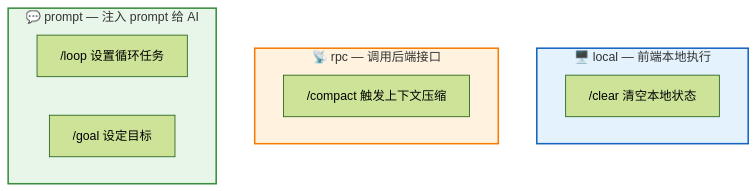
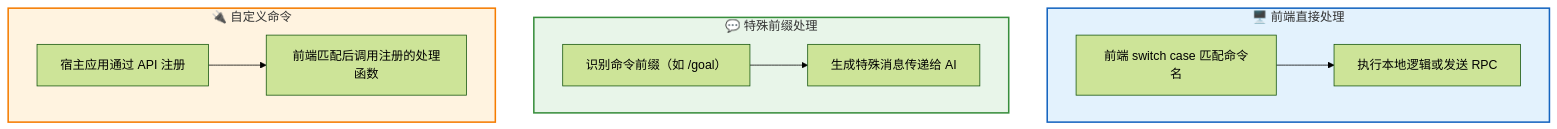
The first of 5 diagrams in src/content/docs/features/commands.md (rtc-agent/docs), drawn with Mermaid (forest theme) before and after one commit. The commit also changed other lines of this file and 60 other files, not shown here.

First line of the commit message:
docs(site): refresh documentation with new sections and improved diagrams

````diff
--- a/src/content/docs/features/commands.md
+++ b/src/content/docs/features/commands.md
@@ -10,19 +12,24 @@
 ```mermaid
 flowchart TD
-    subgraph LOCAL["🖥️ local — 前端本地执行"]
-        L1["/clear 清空本地状态"]
+    subgraph FRONTEND["🖥️ 前端直接处理"]
+        F1["前端 switch case 匹配命令名"]
+        F2["执行本地逻辑或发送 RPC"]
+        F1 --> F2
     end
 
-    subgraph RPC["📡 rpc — 调用后端接口"]
-        R1["/compact 触发上下文压缩"]
+    subgraph SPECIAL["💬 特殊前缀处理"]
+        S1["识别命令前缀（如 /goal）"]
+        S2["生成特殊消息传递给 AI"]
+        S1 --> S2
     end
 
-    subgraph PROMPT["💬 prompt — 注入 prompt 给 AI"]
-        P1["/loop 设置循环任务"]
-        P2["/goal 设定目标"]
+    subgraph CUSTOM["🔌 自定义命令"]
+        C1["宿主应用通过 API 注册"]
+        C2["前端匹配后调用注册的处理函数"]
+        C1 --> C2
     end
 
-    style LOCAL fill:#e3f2fd,stroke:#1565c0,stroke-width:2px
-    style RPC fill:#fff3e0,stroke:#f57c00,stroke-width:2px
-    style PROMPT fill:#e8f5e9,stroke:#388e3c,stroke-width:2px
+    style FRONTEND fill:#e3f2fd,stroke:#1565c0,stroke-width:2px
+    style SPECIAL fill:#e8f5e9,stroke:#388e3c,stroke-width:2px
+    style CUSTOM fill:#fff3e0,stroke:#f57c00,stroke-width:2px
 ```
````
